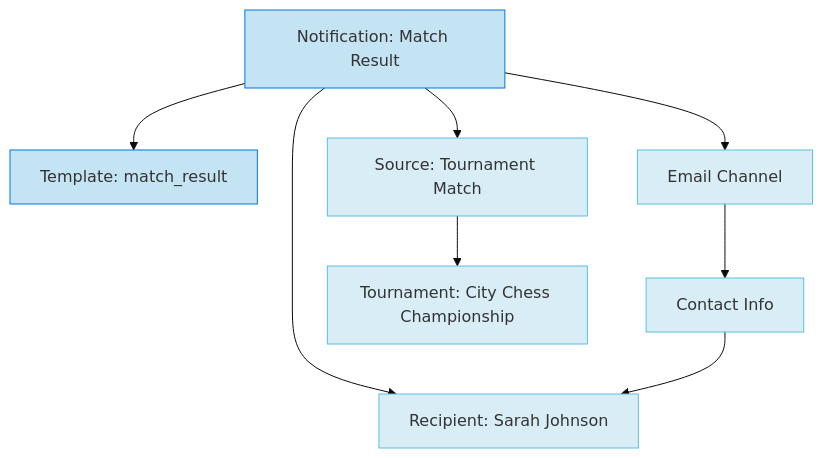
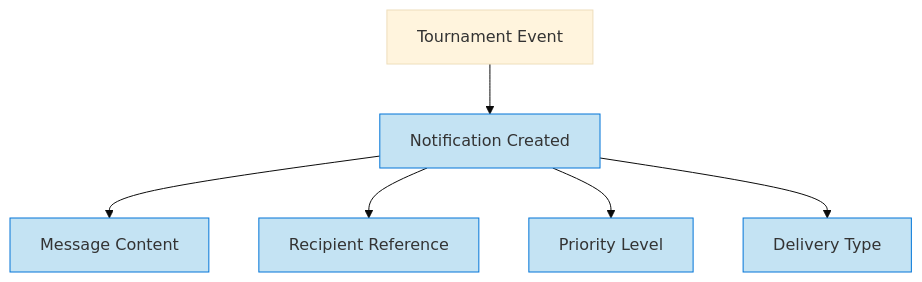
Before and after one commit to wpjwegman/tournament-organizer-system: the diagram in documents/docs/domains/communication/README.md, drawn with Mermaid (base theme). The commit also changed other lines of this file and 1 other file, not shown here.

First line of the commit message:
docs: simplify Communication domain to focus only on Notification

````diff
--- a/documents/docs/domains/communication/README.md
+++ b/documents/docs/domains/communication/README.md
@@ -36,16 +34,11 @@
 ```mermaid
 graph TD
-    N[Notification: Match Result] --> NT[Template: match_result]
-    N --> HP[Recipient: Sarah Johnson]
-    N --> DC[Email Channel]
-    DC --> CI[Contact Info]
-    CI --> HP
-    N --> SRC[Source: Tournament Match]
-    SRC --> T[Tournament: City Chess Championship]
+    A[Tournament Event] --> B[Notification Created]
+    B --> C[Message Content]
+    B --> D[Recipient Reference]
+    B --> E[Priority Level]
+    B --> F[Delivery Type]
     
     classDef core fill:#c4e3f3,stroke:#0275d8;
-    classDef related fill:#d9edf7,stroke:#5bc0de;
-    
-    class N,NT core;
-    class HP,DC,CI,SRC,T related;
+    class B,C,D,E,F core;
 ```
````
